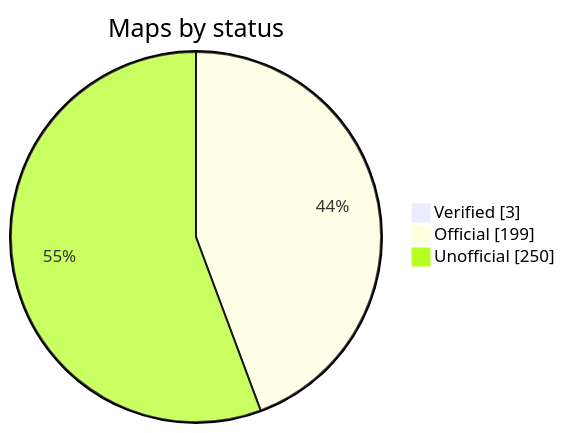
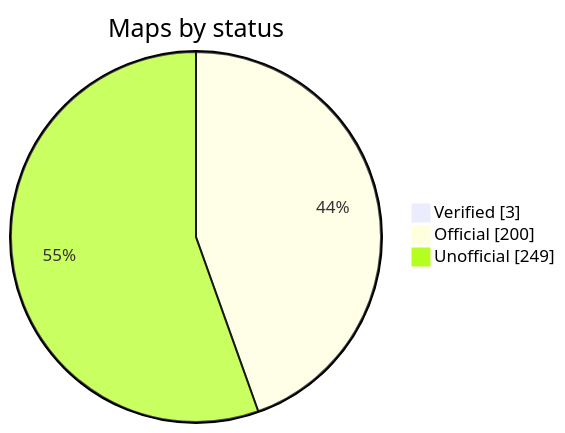
The diagram in README.md (nobrega8/mbmap-library), drawn with Mermaid before and after one commit. The commit also changed 1 other file, not shown here.

Commit message:
Rebuild the index

````diff
--- a/README.md
+++ b/README.md
@@ -48,7 +48,7 @@
 ```mermaid
 pie showData
     title Maps by status
     "Verified" : 3
-    "Official" : 199
-    "Unofficial" : 250
+    "Official" : 200
+    "Unofficial" : 249
 ```
````
